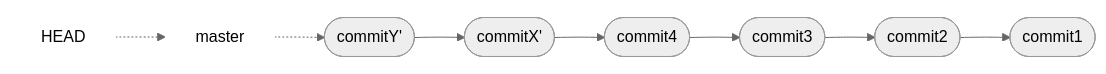
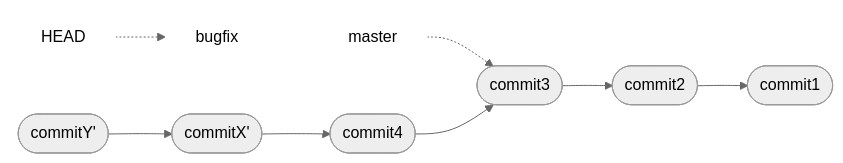
One commit to hpc2n/course-intro-git changed the seventh of 9 diagrams in docs/branches.md. Above: the diagram before and after it, drawn with Mermaid (neutral theme).

Commit message:
correct git rebase figure

````diff
--- a/docs/branches.md
+++ b/docs/branches.md
@@ -870,23 +870,25 @@
 ```mermaid
 graph LR
 
   master["master"]
   style master fill:#ffffff,stroke:#ffffff
   head["HEAD"]
   style head fill:#ffffff,stroke:#ffffff
+  bugfix["bugfix"]
+  style bugfix fill:#ffffff,stroke:#ffffff
 
   commit1(["commit1"])
   commit2(["commit2"])
   commit3(["commit3"])
   commit4(["commit4"])
   commitXp(["commitX'"])
   commitYp(["commitY'"])
 
-  head -.-> master
-  master -.-> commitYp
+  head -.-> bugfix
+  master -.-> commit3
   commitYp --> commitXp
   commitXp --> commit4
   commit4 --> commit3
   commit3 --> commit2
   commit2 --> commit1
 ```
````
